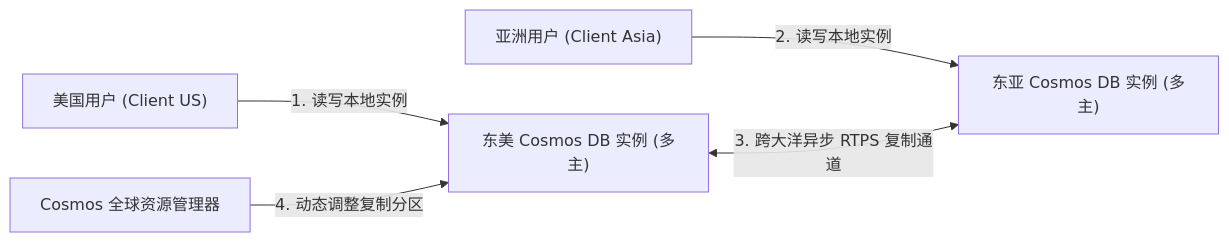
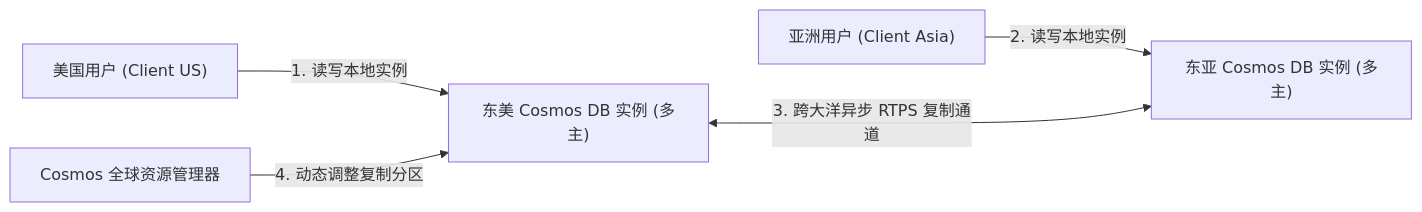
One commit to koosai/AI-Architect-Learning changed the third of 7 diagrams in docs/atlas/cosmosdb.mdx. Above: the diagram before and after it, drawn with Mermaid. The commit also changed other lines of this file and 68 other files, not shown here.

Commit message:
fix(atlas): fix browser client-side Mermaid rendering for mindmaps and flowcharts across 67 case studies

````diff
--- a/docs/atlas/cosmosdb.mdx
+++ b/docs/atlas/cosmosdb.mdx
@@ -105,7 +105,7 @@
 ```mermaid
 graph LR
   US_User["美国用户 (Client US)"] -->|1. 读写本地实例| US_Datacenter["东美 Cosmos DB 实例 (多主)"]
   Asia_User["亚洲用户 (Client Asia)"] -->|2. 读写本地实例| Asia_Datacenter["东亚 Cosmos DB 实例 (多主)"]
-  US_Datacenter <-->|3. 跨大洋异步 RTPS 复制通道| Asia_Datacenter
+  US_Datacenter <--->|3. 跨大洋异步 RTPS 复制通道| Asia_Datacenter
   CosmosController["Cosmos 全球资源管理器"] -->|4. 动态调整复制分区| US_Datacenter
 ```
````
